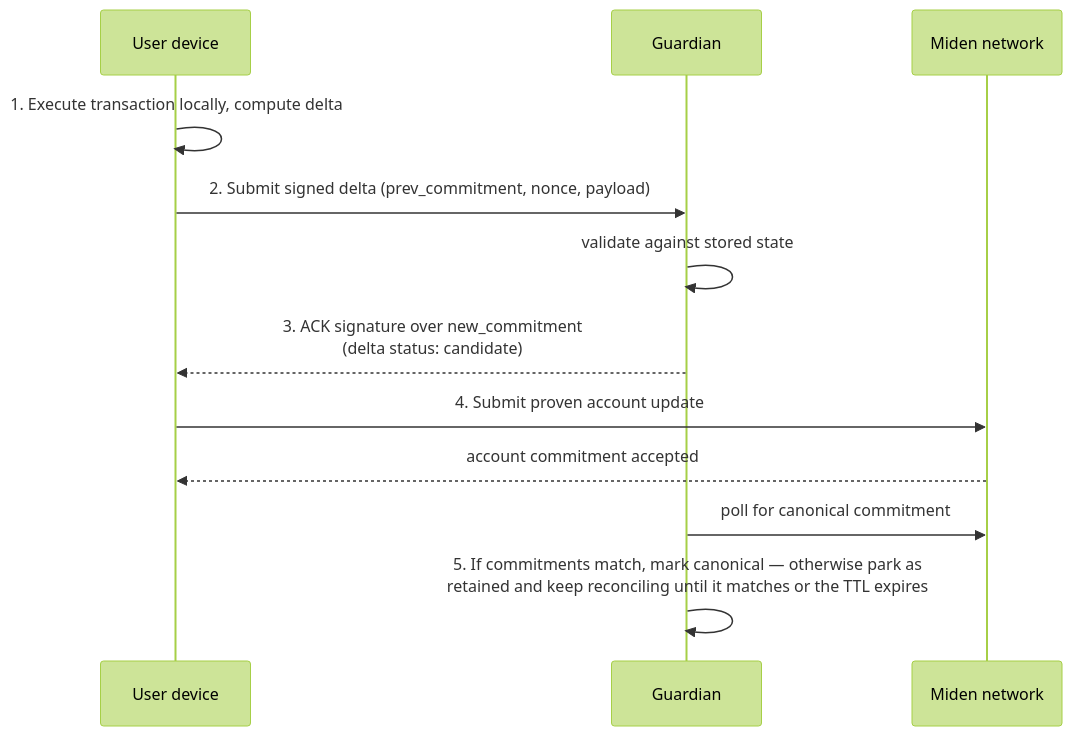
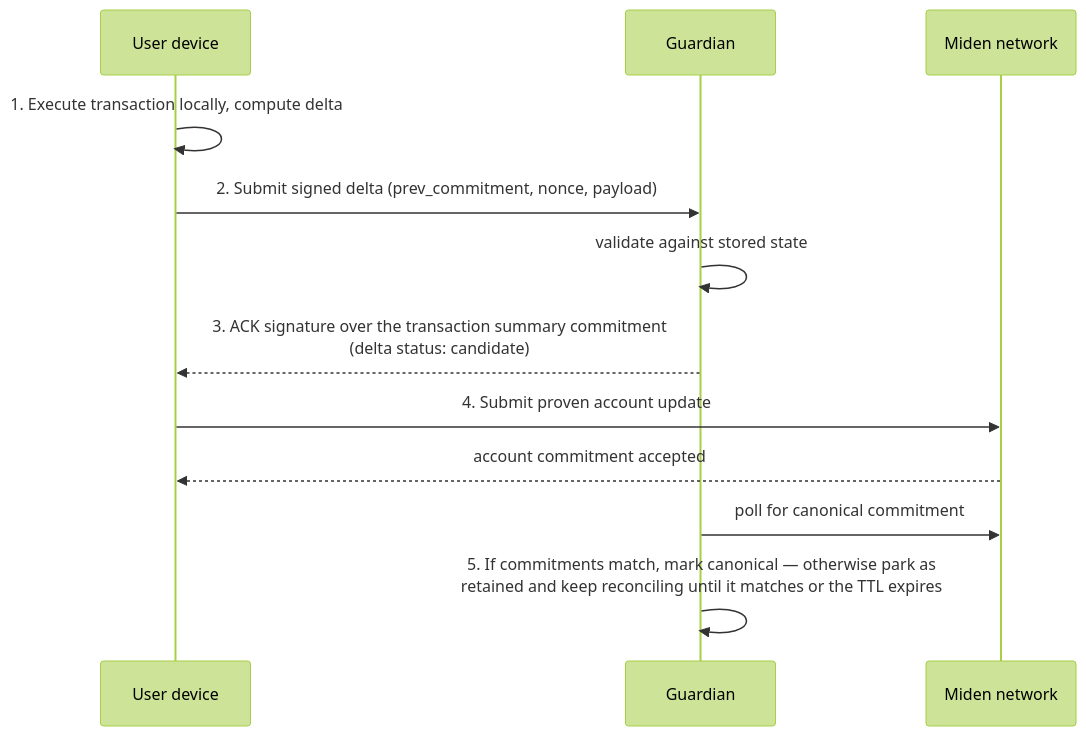
The second of 4 diagrams in docs/CONCEPTS.md (OpenZeppelin/guardian), drawn with Mermaid (forest theme) before and after one commit. The commit also changed other lines of this file, not shown here.

````diff
--- a/docs/CONCEPTS.md
+++ b/docs/CONCEPTS.md
@@ -82,15 +103,15 @@
 ```mermaid
 sequenceDiagram
   participant U as User device
   participant G as Guardian
   participant M as Miden network
 
   U->>U: 1. Execute transaction locally, compute delta
   U->>G: 2. Submit signed delta (prev_commitment, nonce, payload)
   G->>G: validate against stored state
-  G-->>U: 3. ACK signature over new_commitment<br/>(delta status: candidate)
+  G-->>U: 3. ACK signature over the transaction summary commitment<br/>(delta status: candidate)
   U->>M: 4. Submit proven account update
   M-->>U: account commitment accepted
   G->>M: poll for canonical commitment
   G->>G: 5. If commitments match, mark canonical — otherwise park as<br/>retained and keep reconciling until it matches or the TTL expires
 ```
````
